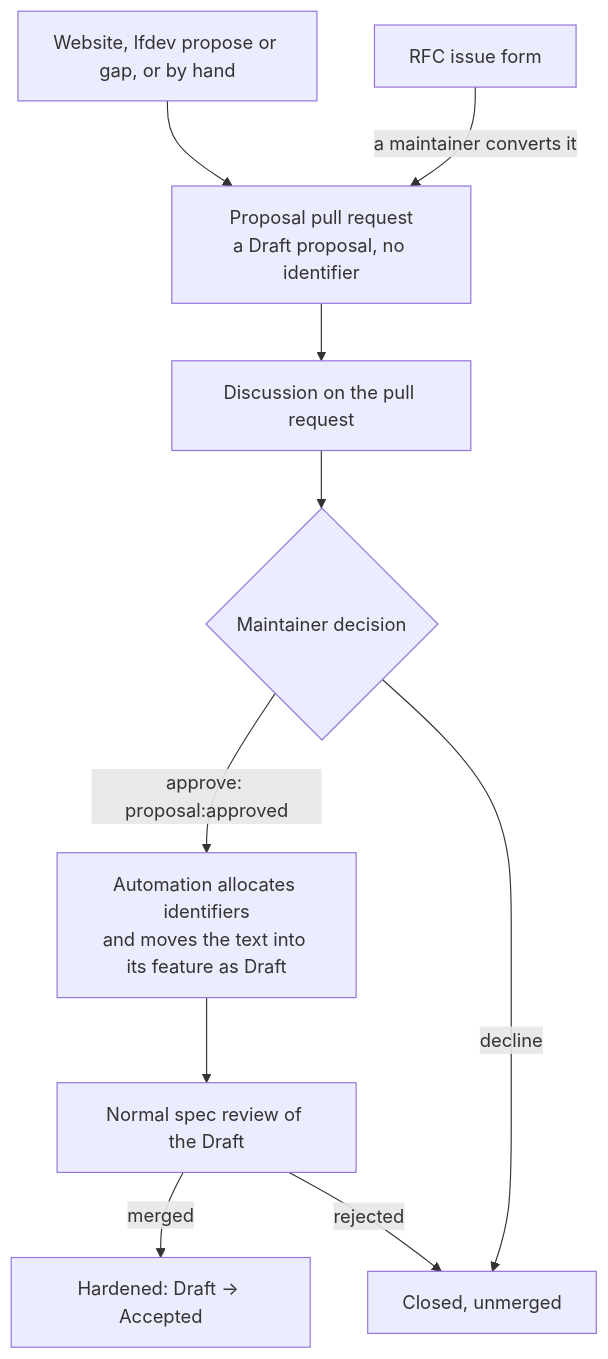
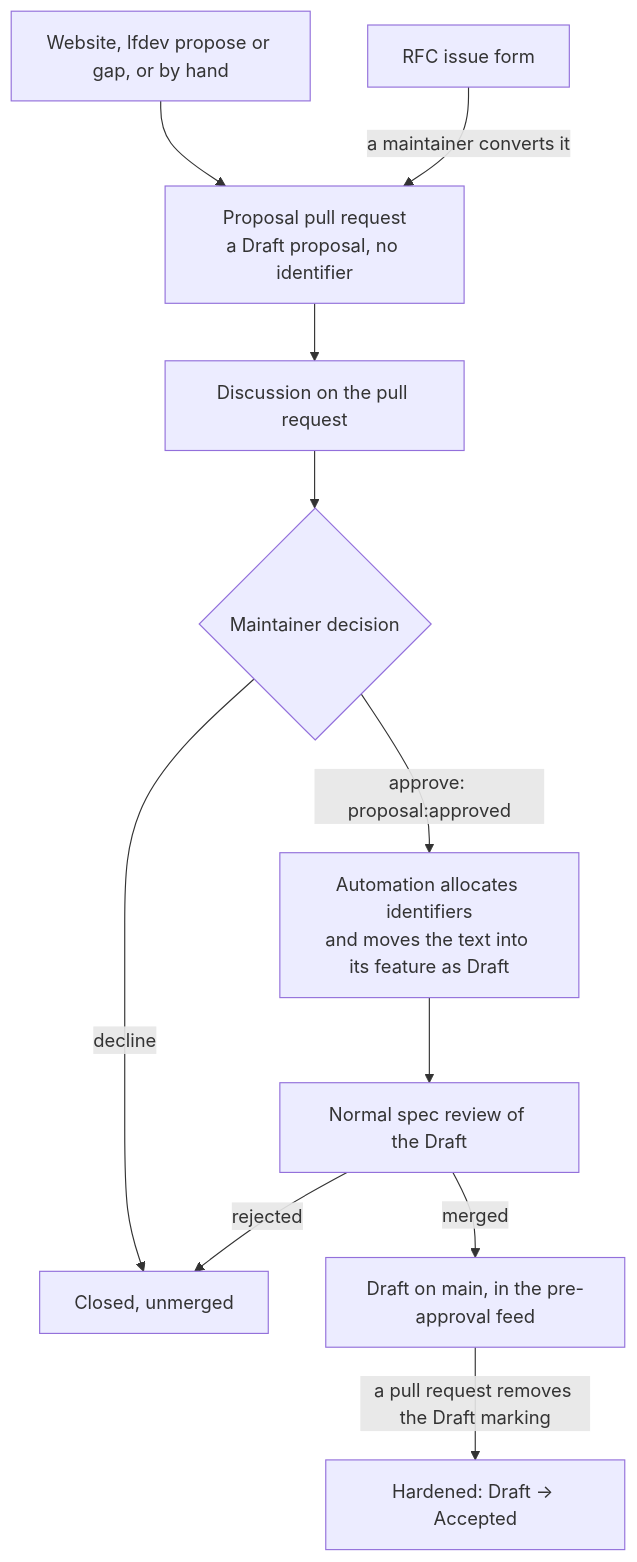
The diagram in 50-governance/rfc-process.md (lemonfiber/spec), drawn with Mermaid before and after one commit. The commit also changed other lines of this file and 13 other files, not shown here.

````diff
--- a/50-governance/rfc-process.md
+++ b/50-governance/rfc-process.md
@@ -35,12 +35,13 @@
 ```mermaid
 flowchart TD
     web[Website, lfdev propose or gap, or by hand] --> pr[Proposal pull request<br/>a Draft proposal, no identifier]
     form[RFC issue form] -->|a maintainer converts it| pr
     pr --> disc[Discussion on the pull request]
     disc --> dec{Maintainer decision}
     dec -->|approve: proposal:approved| alloc[Automation allocates identifiers<br/>and moves the text into its feature as Draft]
     dec -->|decline| closed[Closed, unmerged]
     alloc --> review[Normal spec review of the Draft]
-    review -->|merged| hard[Hardened: Draft → Accepted]
+    review -->|merged| draft[Draft on main, in the pre-approval feed]
     review -->|rejected| closed
+    draft -->|a pull request removes the Draft marking| hard[Hardened: Draft → Accepted]
 ```
````
